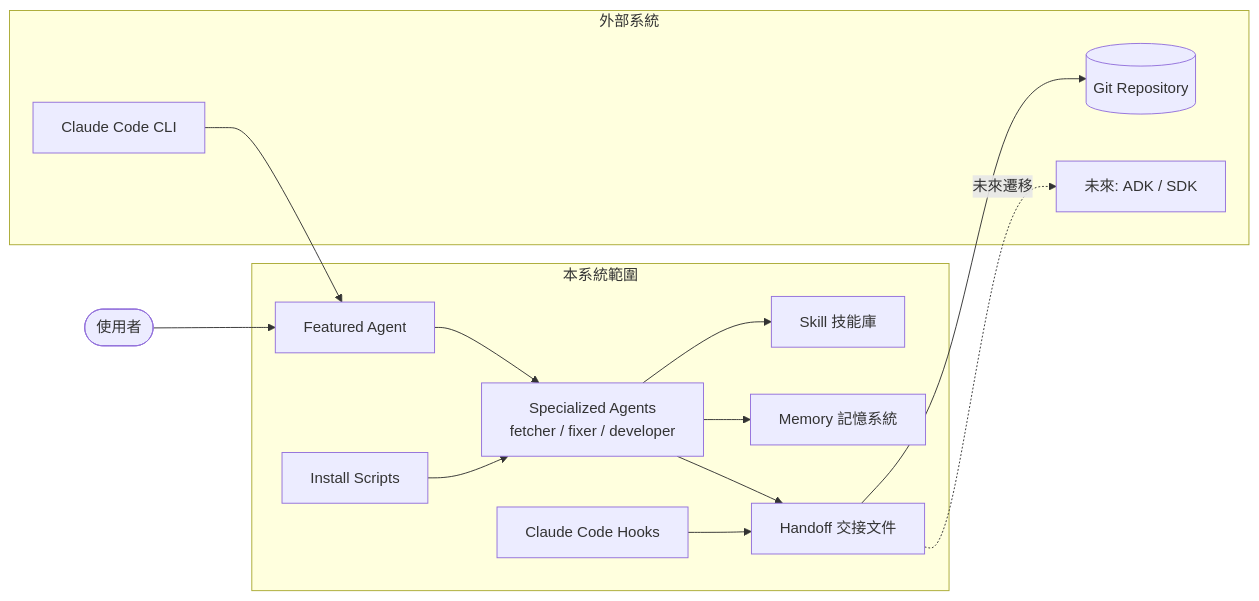
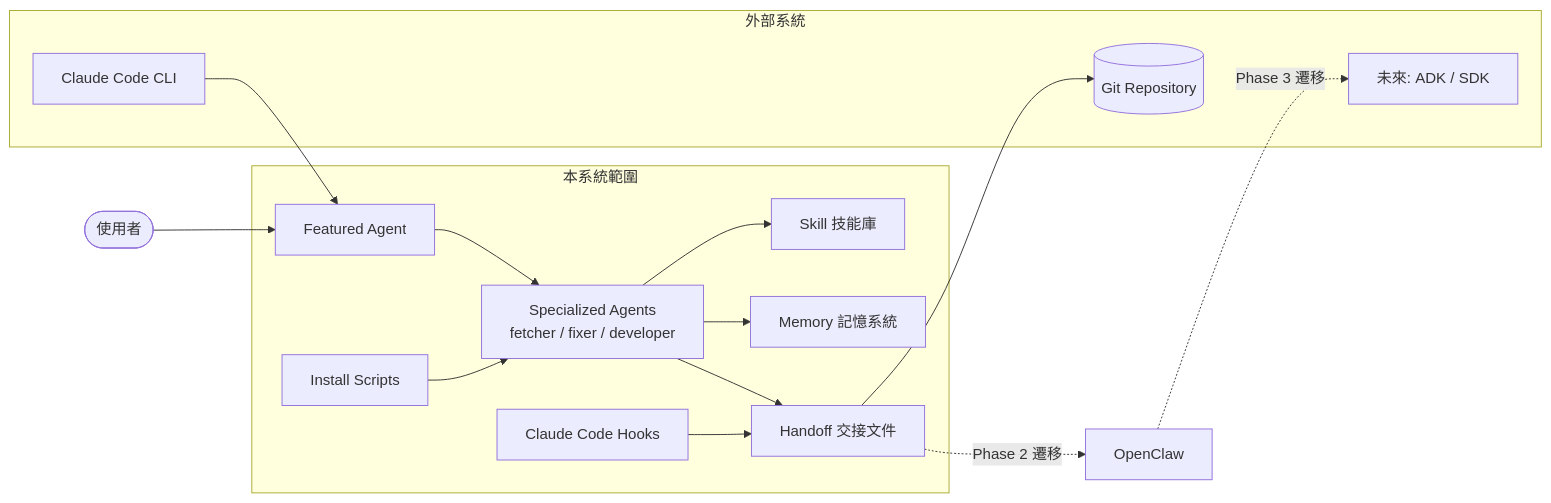
The second of 3 diagrams in agents-requirements.md (swchen44/testing), drawn with Mermaid before and after one commit. The commit also changed other lines of this file and 1 other file, not shown here.

First line of the commit message:
docs: add OpenClaw migration plan to requirements and design documents

````diff
--- a/agents-requirements.md
+++ b/agents-requirements.md
@@ -188,29 +189,30 @@
 ```mermaid
 graph LR
     subgraph 本系統範圍
         FA[Featured Agent]
         Agents[Specialized Agents\nfetcher / fixer / developer]
         Skills[Skill 技能庫]
         Memory[Memory 記憶系統]
         Handoffs[Handoff 交接文件]
         Scripts[Install Scripts]
         Hooks[Claude Code Hooks]
     end
 
     subgraph 外部系統
         Git[(Git Repository)]
         ClaudeCode[Claude Code CLI]
         Future[未來: ADK / SDK]
     end
 
     User([使用者]) --> FA
     FA --> Agents
     Agents --> Skills
     Agents --> Memory
     Agents --> Handoffs
     Scripts --> Agents
     Hooks --> Handoffs
     Handoffs --> Git
     ClaudeCode --> FA
-    Handoffs -.->|未來遷移| Future
+    Handoffs -.->|Phase 2 遷移| OpenClaw
+    OpenClaw -.->|Phase 3 遷移| Future
 ```
````
